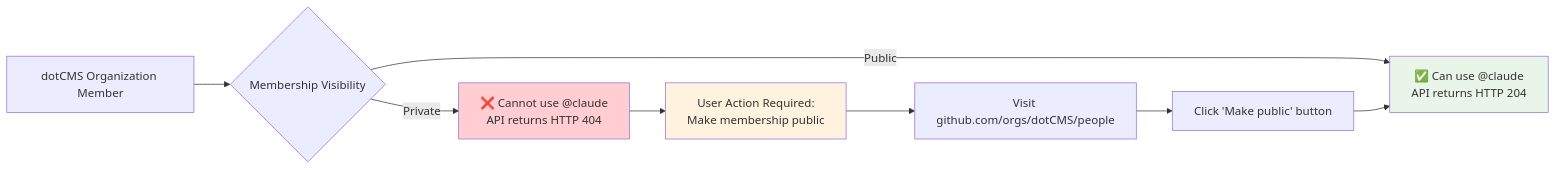
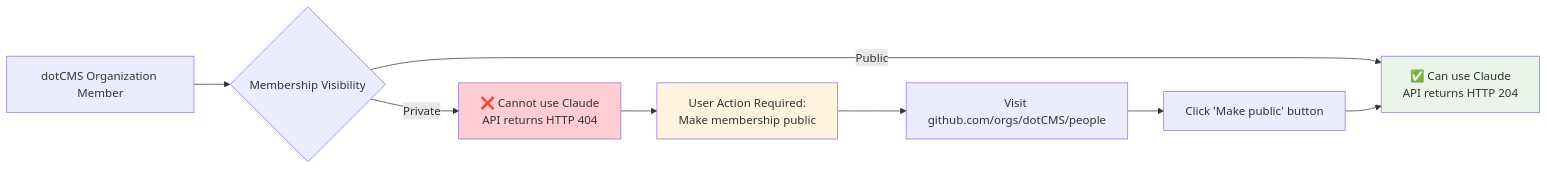
The sixth of 10 diagrams in docs/core/GITHUB_WORKFLOWS_VISUAL.md (dotCMS/core), drawn with Mermaid before and after one commit. The commit also changed other lines of this file and 1 other file, not shown here.

First line of the commit message:
fix: clean up mermaid diagrams and add local validation script

````diff
--- a/docs/core/GITHUB_WORKFLOWS_VISUAL.md
+++ b/docs/core/GITHUB_WORKFLOWS_VISUAL.md
@@ -186,16 +186,16 @@
 ```mermaid
 graph LR
     A[dotCMS Organization Member] --> B{Membership Visibility}
     
-    B -->|Public| C[✅ Can use @claude<br/>API returns HTTP 204]
-    B -->|Private| D[❌ Cannot use @claude<br/>API returns HTTP 404]
+    B -->|Public| C[✅ Can use Claude<br/>API returns HTTP 204]
+    B -->|Private| D[❌ Cannot use Claude<br/>API returns HTTP 404]
     
     D --> E[User Action Required:<br/>Make membership public]
     E --> F[Visit github.com/orgs/dotCMS/people]
     F --> G[Click 'Make public' button]
     G --> C
     
     style C fill:#e8f5e8
     style D fill:#ffcdd2
     style E fill:#fff3e0
 ```
````
